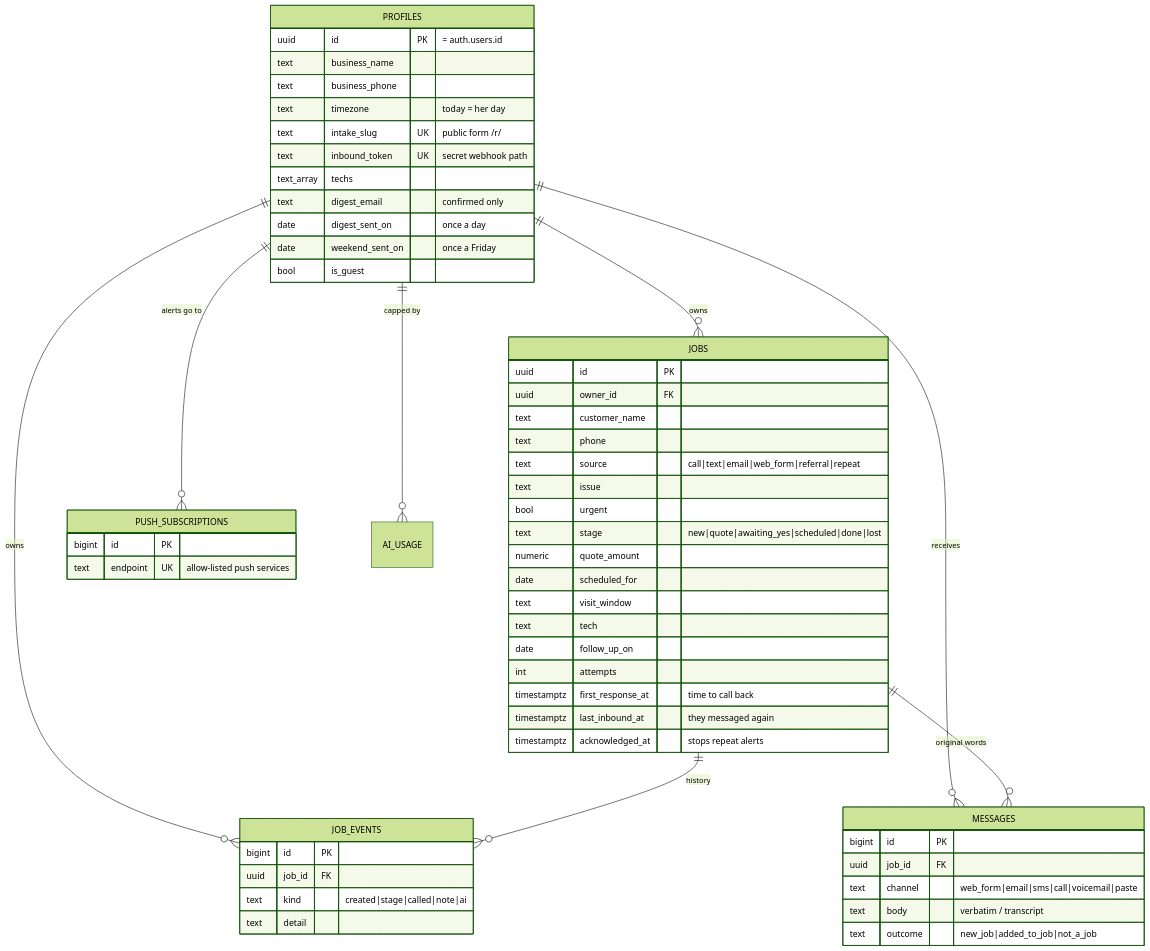
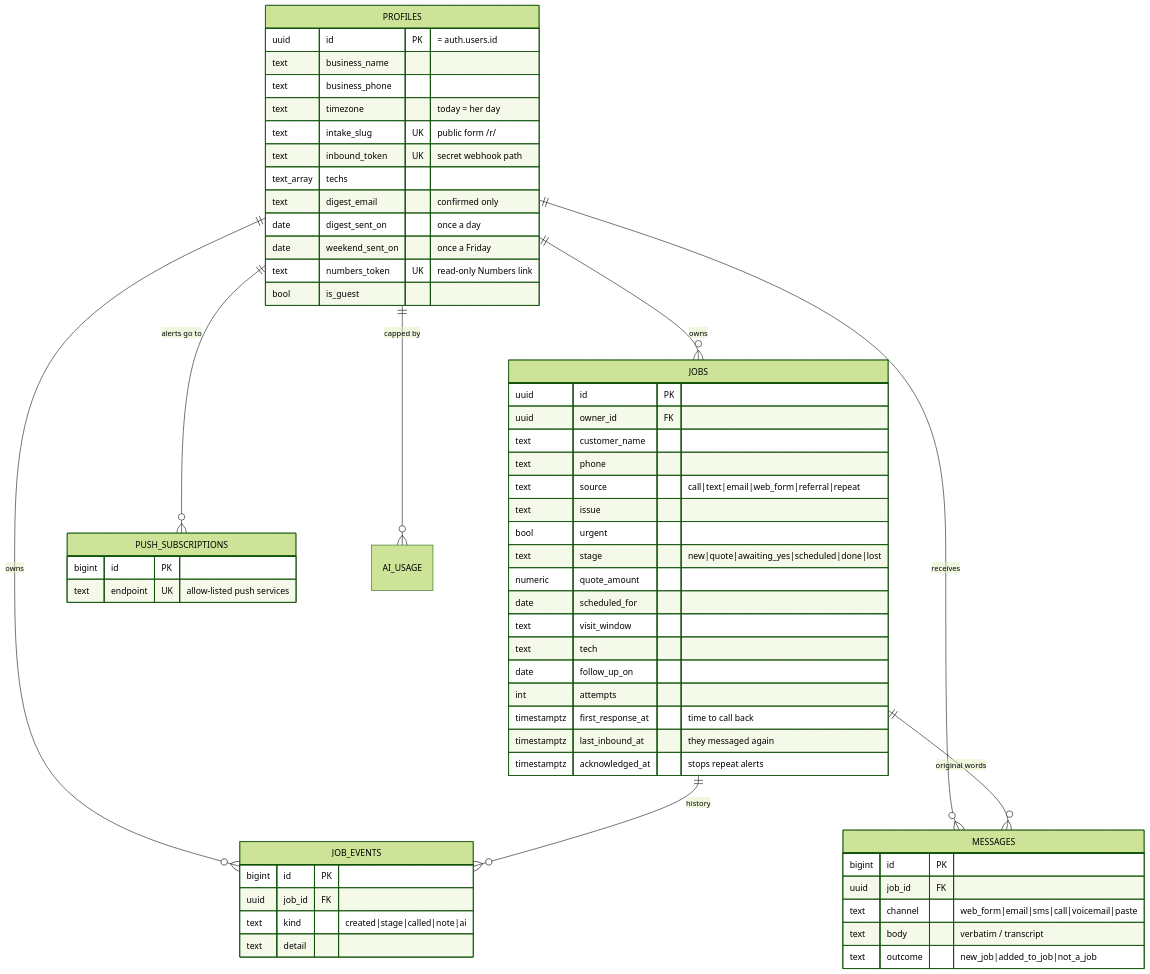
One commit to Zakuroooo/FollowUp changed the fifth of 5 diagrams in README.md. Above: the diagram before and after it, drawn with Mermaid (forest theme). The commit also changed other lines of this file and 2 other files, not shown here.

Commit message:
Docs: Numbers link in the write-up, README and testing guide

````diff
--- a/README.md
+++ b/README.md
@@ -215,60 +215,61 @@
 ```mermaid
 erDiagram
   PROFILES ||--o{ JOBS : owns
   PROFILES ||--o{ JOB_EVENTS : owns
   PROFILES ||--o{ MESSAGES : receives
   PROFILES ||--o{ PUSH_SUBSCRIPTIONS : "alerts go to"
   PROFILES ||--o{ AI_USAGE : "capped by"
   JOBS ||--o{ JOB_EVENTS : "history"
   JOBS ||--o{ MESSAGES : "original words"
 
   PROFILES {
     uuid id PK "= auth.users.id"
     text business_name
     text business_phone
     text timezone "today = her day"
     text intake_slug UK "public form /r/<slug>"
     text inbound_token UK "secret webhook path"
     text_array techs
     text digest_email "confirmed only"
     date digest_sent_on "once a day"
     date weekend_sent_on "once a Friday"
+    text numbers_token UK "read-only Numbers link"
     bool is_guest
   }
   JOBS {
     uuid id PK
     uuid owner_id FK
     text customer_name
     text phone
     text source "call|text|email|web_form|referral|repeat"
     text issue
     bool urgent
     text stage "new|quote|awaiting_yes|scheduled|done|lost"
     numeric quote_amount
     date scheduled_for
     text visit_window
     text tech
     date follow_up_on
     int attempts
     timestamptz first_response_at "time to call back"
     timestamptz last_inbound_at "they messaged again"
     timestamptz acknowledged_at "stops repeat alerts"
   }
   JOB_EVENTS {
     bigint id PK
     uuid job_id FK
     text kind "created|stage|called|note|ai"
     text detail
   }
   MESSAGES {
     bigint id PK
     uuid job_id FK
     text channel "web_form|email|sms|call|voicemail|paste"
     text body "verbatim / transcript"
     text outcome "new_job|added_to_job|not_a_job"
   }
   PUSH_SUBSCRIPTIONS {
     bigint id PK
     text endpoint UK "allow-listed push services"
   }
 ```
````
